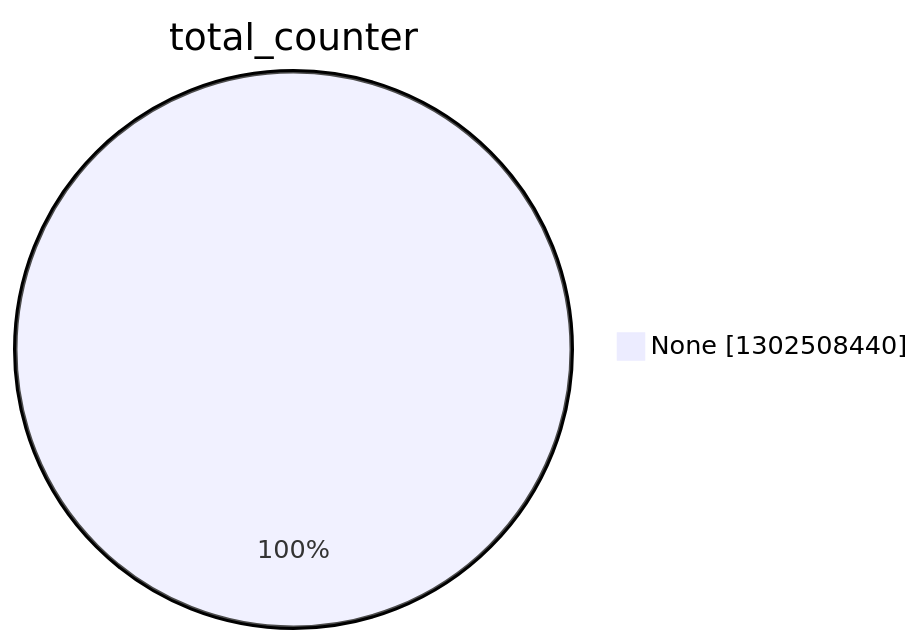
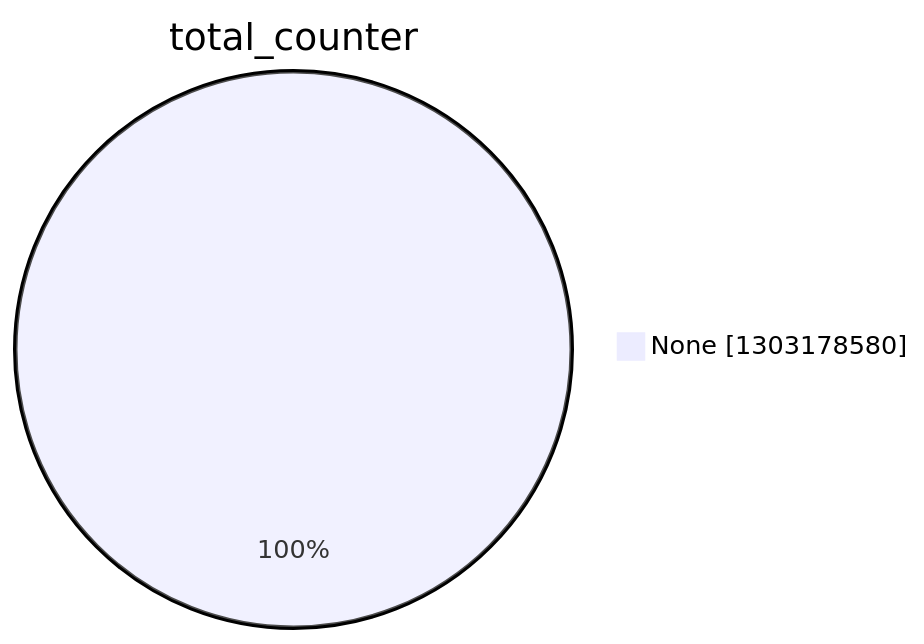
One commit to christiankrug/ctmonitor_visualization changed the second of 15 diagrams in argon2022/README.md. Above: the diagram before and after it, drawn with Mermaid. The commit also changed other lines of this file, not shown here.

````diff
--- a/argon2022/README.md
+++ b/argon2022/README.md
@@ -9,5 +9,5 @@
 ```mermaid
 pie showData
 title total_counter
-"None" :1302508440
+"None" :1303178580
 ```
````
